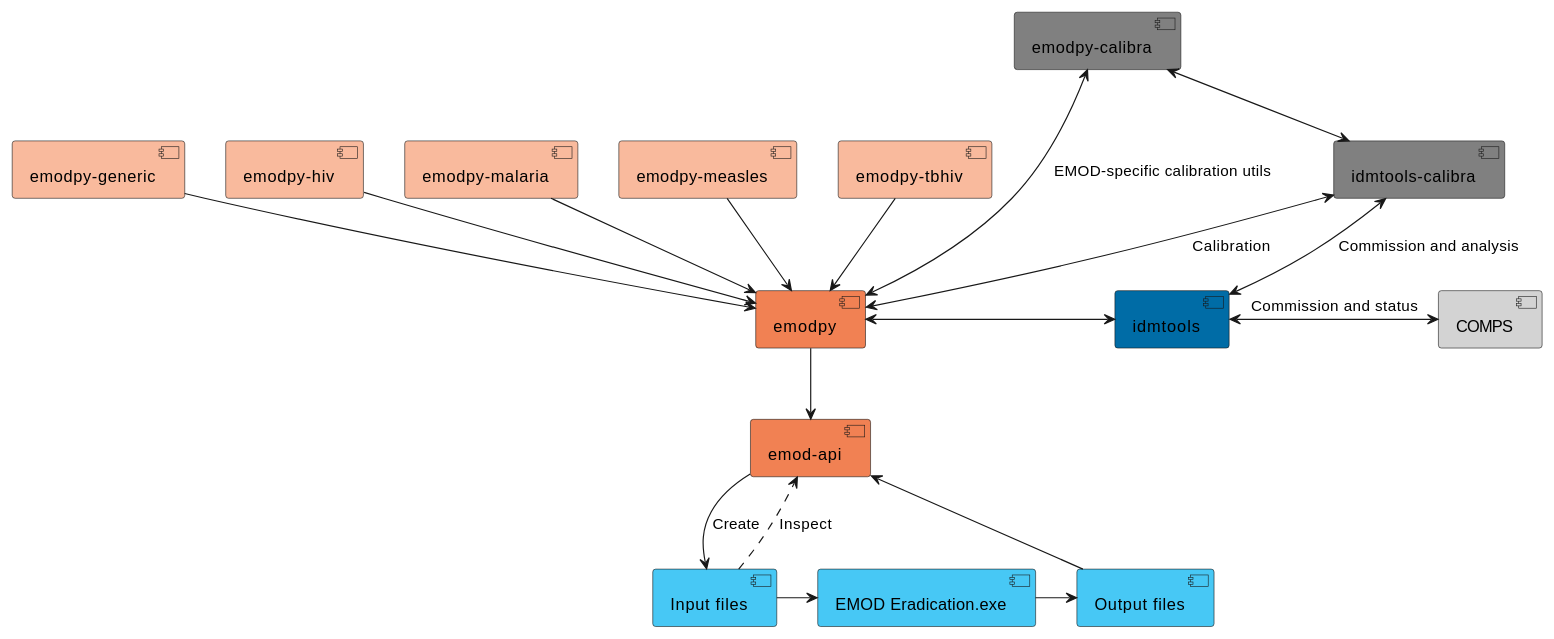
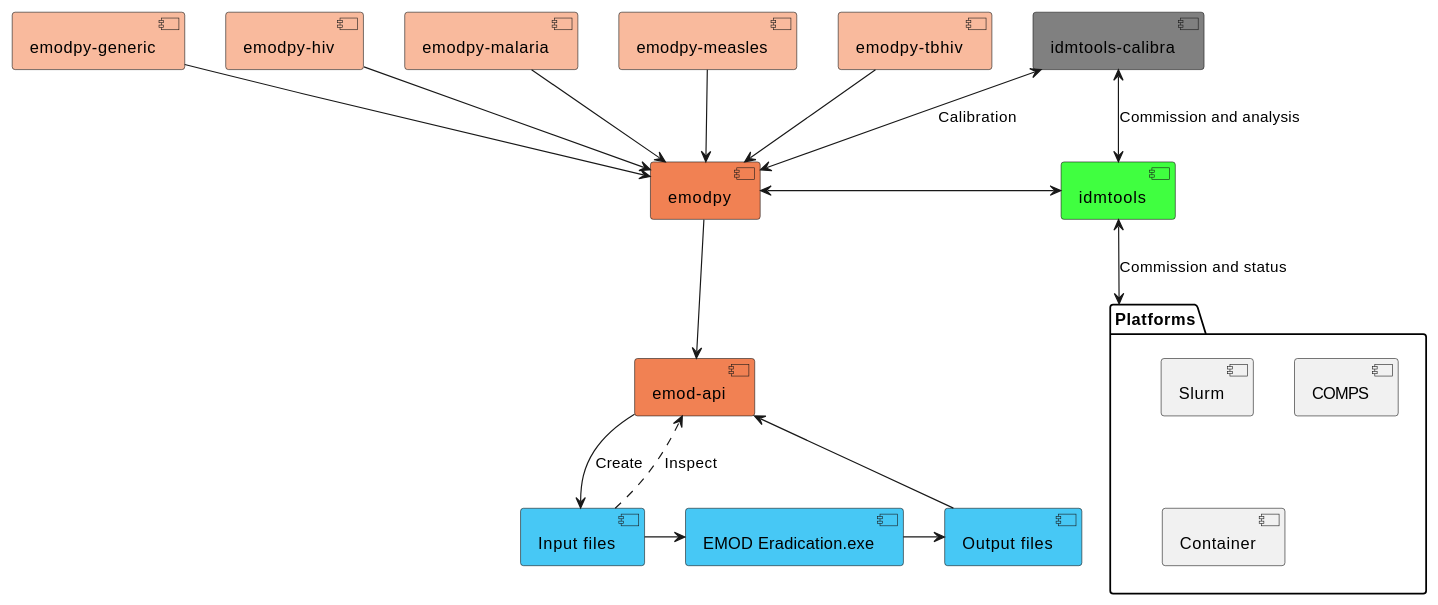
Before and after one commit to InstituteforDiseaseModeling/idmtools: the diagram in docs/index.rst, drawn with PlantUML.

Commit message:
Remove emodpy-calibra package from index.rst

```diff
--- a/docs/index.rst
+++ b/docs/index.rst
@@ -37,57 +37,59 @@
 .. uml::
 
    hide stereotype
    skinparam component {
      BackgroundColor<<emodpy-disease>> F9BA9D
-     BackgroundColor<<idmtools>> 006CA6
+     BackgroundColor<<idmtools>> 40FF40
      BackgroundColor<<calibration>> gray
      BackgroundColor<<emodpy-core>> F18153
-     BackgroundColor<<COMPS>> lightgray
+     BackgroundColor<<Platforms>> lightgray
      BackgroundColor<<EMOD>> 47C8F5
    }
-
+    package "Platforms" {
+        [Slurm]
+        [COMPS]
+        [Container]
+    }
 
    [emodpy-generic] <<emodpy-disease>>
    [emodpy-generic] --> [emodpy]
 
    [emodpy-hiv] <<emodpy-disease>>
    [emodpy-hiv] --> [emodpy]
 
    [emodpy-malaria] <<emodpy-disease>>
    [emodpy-malaria] --> [emodpy]
 
    [emodpy-measles] <<emodpy-disease>>
    [emodpy-measles] --> [emodpy]
 
    [emodpy-tbhiv] <<emodpy-disease>>
    [emodpy-tbhiv] --> [emodpy]
 
 
    [emodpy] <<emodpy-core>>
    [emod-api] <<emodpy-core>>
    [emodpy] --> [emod-api]
 
    [emodpy] <-> [idmtools]
 
    [idmtools] <<idmtools>>
-   [COMPS] <<COMPS>>
-   [idmtools] <-> [COMPS] : Commission and status
+
+   [idmtools] <--> [Platforms] : Commission and status
+
 
    [idmtools-calibra] <<calibration>>
    [idmtools-calibra] <--> [idmtools] : Commission and analysis
    [idmtools-calibra] <--> [emodpy] : Calibration
 
-   [emodpy-calibra] <<calibration>>
-   [emodpy-calibra] <--> [emodpy]: EMOD-specific calibration utils
-   [emodpy-calibra] <--> [idmtools-calibra]
    [Input files] <<EMOD>>
    [emod-api] --> [Input files] : Create
 
    [Input files] ..> [emod-api] : Inspect
 
    [EMOD Eradication.exe] <<EMOD>>
    [Input files] -> [EMOD Eradication.exe]
 
    [Output files] <<EMOD>>
    [EMOD Eradication.exe] -> [Output files]
    [Output files] --> [emod-api]
```
